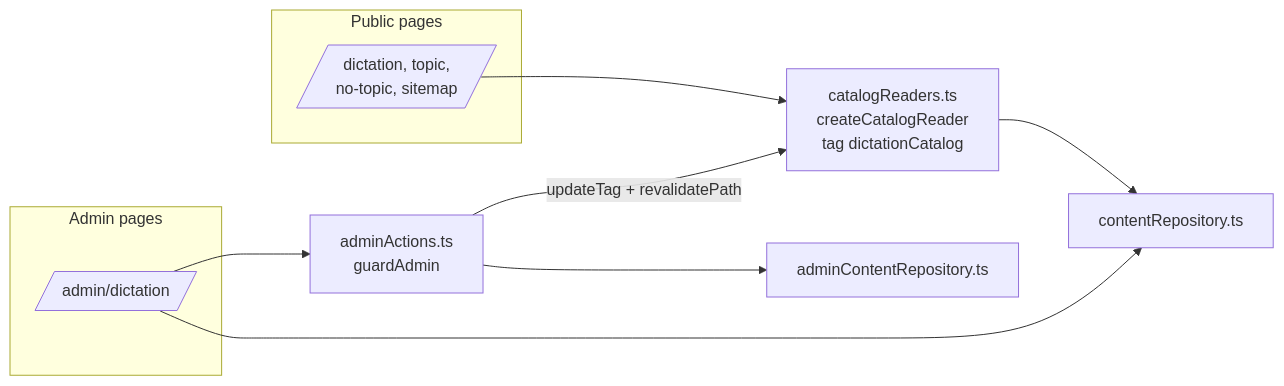
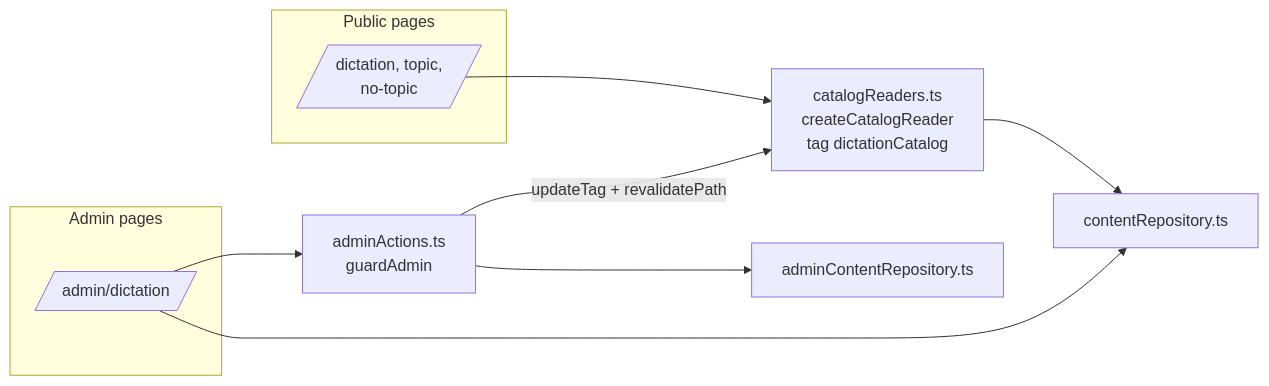
The third of 6 diagrams in docs/05-modules.md (NaKMiers/English_For_Only_Me), drawn with Mermaid before and after one commit. The commit also changed other lines of this file and 181 other files, not shown here.

````diff
--- a/docs/05-modules.md
+++ b/docs/05-modules.md
@@ -847,15 +847,15 @@
 ```mermaid
 flowchart LR
   subgraph Public pages
-    P1[/dictation, topic,<br/>no-topic, sitemap/]
+    P1[/dictation, topic,<br/>no-topic/]
   end
   subgraph Admin pages
     A1[/admin/dictation/]
   end
   P1 --> CR[catalogReaders.ts<br/>createCatalogReader<br/>tag dictationCatalog]
   CR --> R[contentRepository.ts]
   A1 --> R
   A1 --> ACT[adminActions.ts<br/>guardAdmin]
   ACT --> W[adminContentRepository.ts]
   ACT -->|updateTag + revalidatePath| CR
 ```
````
